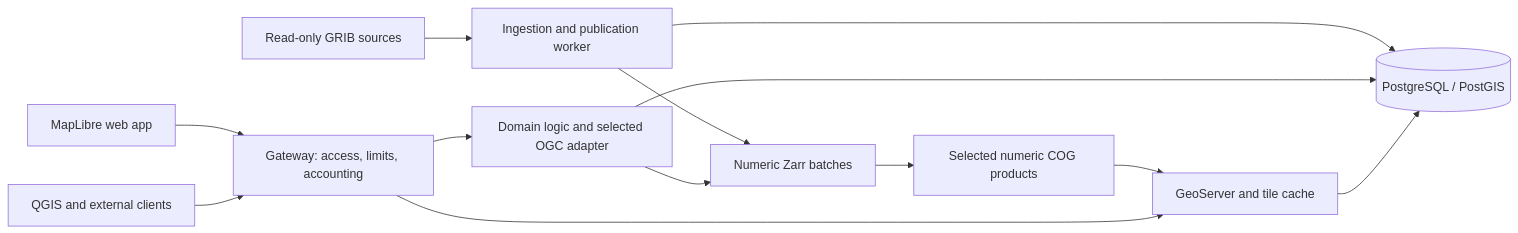
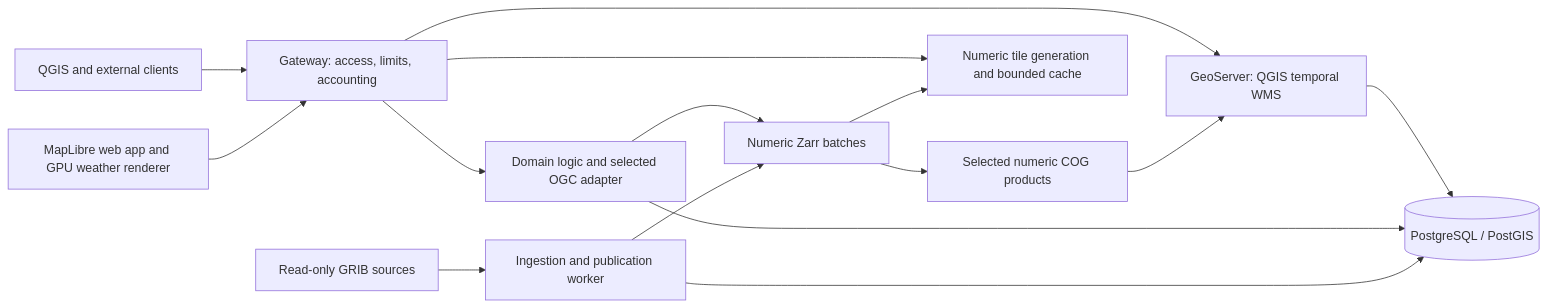
The diagram in .scratch/hmc-meteo/spec.md (stepanosokin/hmc-app-prototype), drawn with Mermaid before and after one commit. The commit also changed other lines of this file and 5 other files, not shown here.

Commit message:
Specify numeric browser tiles and GPU rendering

````diff
--- a/.scratch/hmc-meteo/spec.md
+++ b/.scratch/hmc-meteo/spec.md
@@ -36,15 +36,17 @@
 ```mermaid
 flowchart LR
     S[Read-only GRIB sources] --> W[Ingestion and publication worker]
     W --> Z[Numeric Zarr batches]
     Z --> D[Selected numeric COG products]
-    D --> G[GeoServer and tile cache]
+    D --> G[GeoServer: QGIS temporal WMS]
+    Z --> T[Numeric tile generation and bounded cache]
     W --> P[(PostgreSQL / PostGIS)]
     A[Domain logic and selected OGC adapter] --> Z
     A --> P
     G --> P
     E[Gateway: access, limits, accounting] --> A
     E --> G
-    B[MapLibre web app] --> E
+    E --> T
+    B[MapLibre web app and GPU weather renderer] --> E
     Q[QGIS and external clients] --> E
 ```
````
